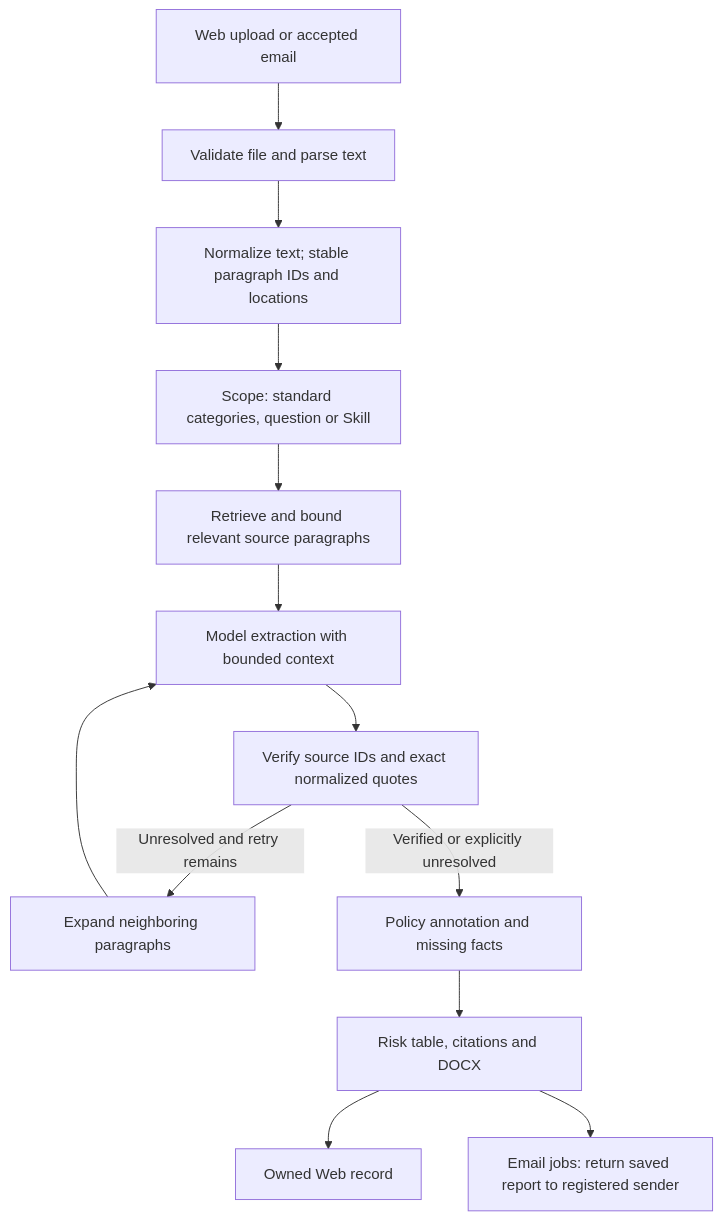
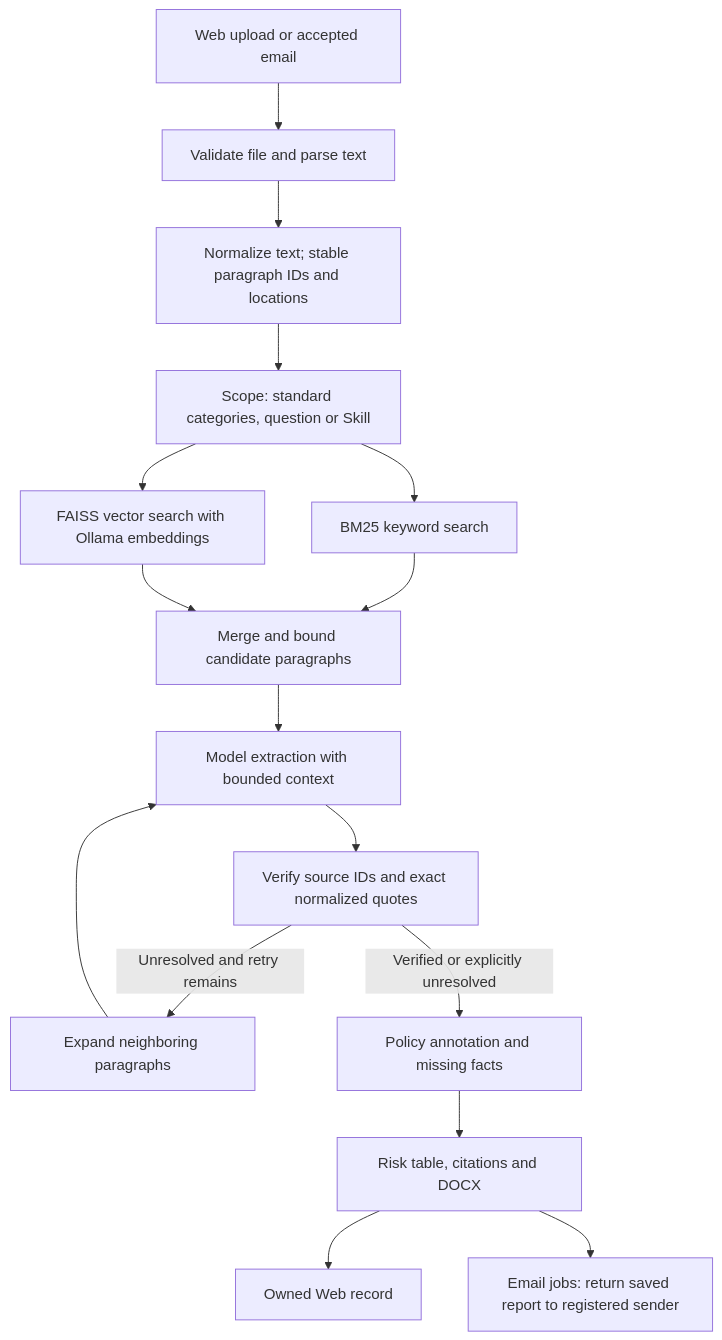
The second of 2 diagrams in README.md (Ray-WONG42/csit6000v-contract-review-agent), drawn with Mermaid before and after one commit.

Commit message:
Show BM25 and FAISS paths in the review flow

````diff
--- a/README.md
+++ b/README.md
@@ -61,15 +61,18 @@
 ```mermaid
 flowchart TD
     I["Web upload or accepted email"] --> F["Validate file and parse text"]
     F --> ID["Normalize text; stable paragraph IDs and locations"]
     ID --> S["Scope: standard categories, question or Skill"]
-    S --> M["Retrieve and bound relevant source paragraphs"]
+    S --> K["BM25 keyword search"]
+    S --> V["FAISS vector search with Ollama embeddings"]
+    K --> M["Merge and bound candidate paragraphs"]
+    V --> M
     M --> L["Model extraction with bounded context"]
     L --> Q["Verify source IDs and exact normalized quotes"]
     Q -->|Unresolved and retry remains| X["Expand neighboring paragraphs"]
     X --> L
     Q -->|Verified or explicitly unresolved| A["Policy annotation and missing facts"]
     A --> O["Risk table, citations and DOCX"]
     O --> W["Owned Web record"]
     O --> MAIL["Email jobs: return saved report to registered sender"]
 ```
````
